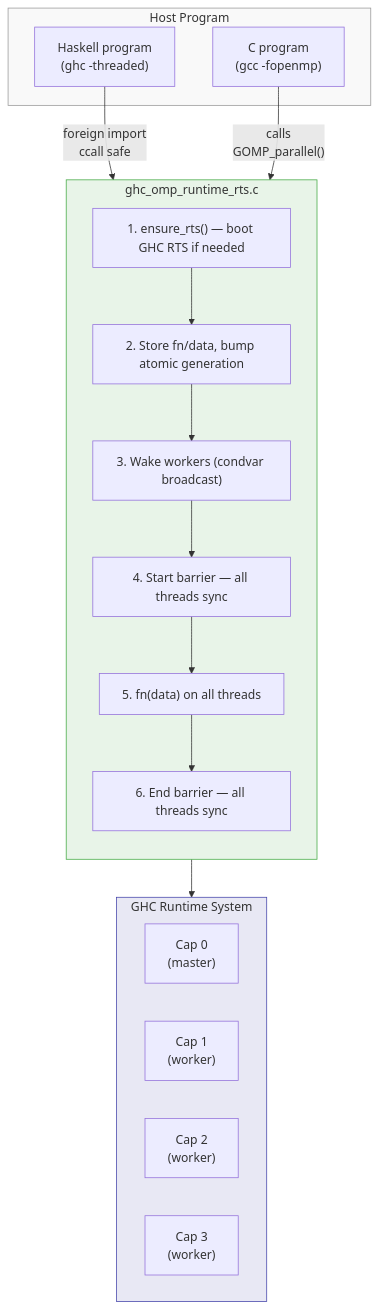
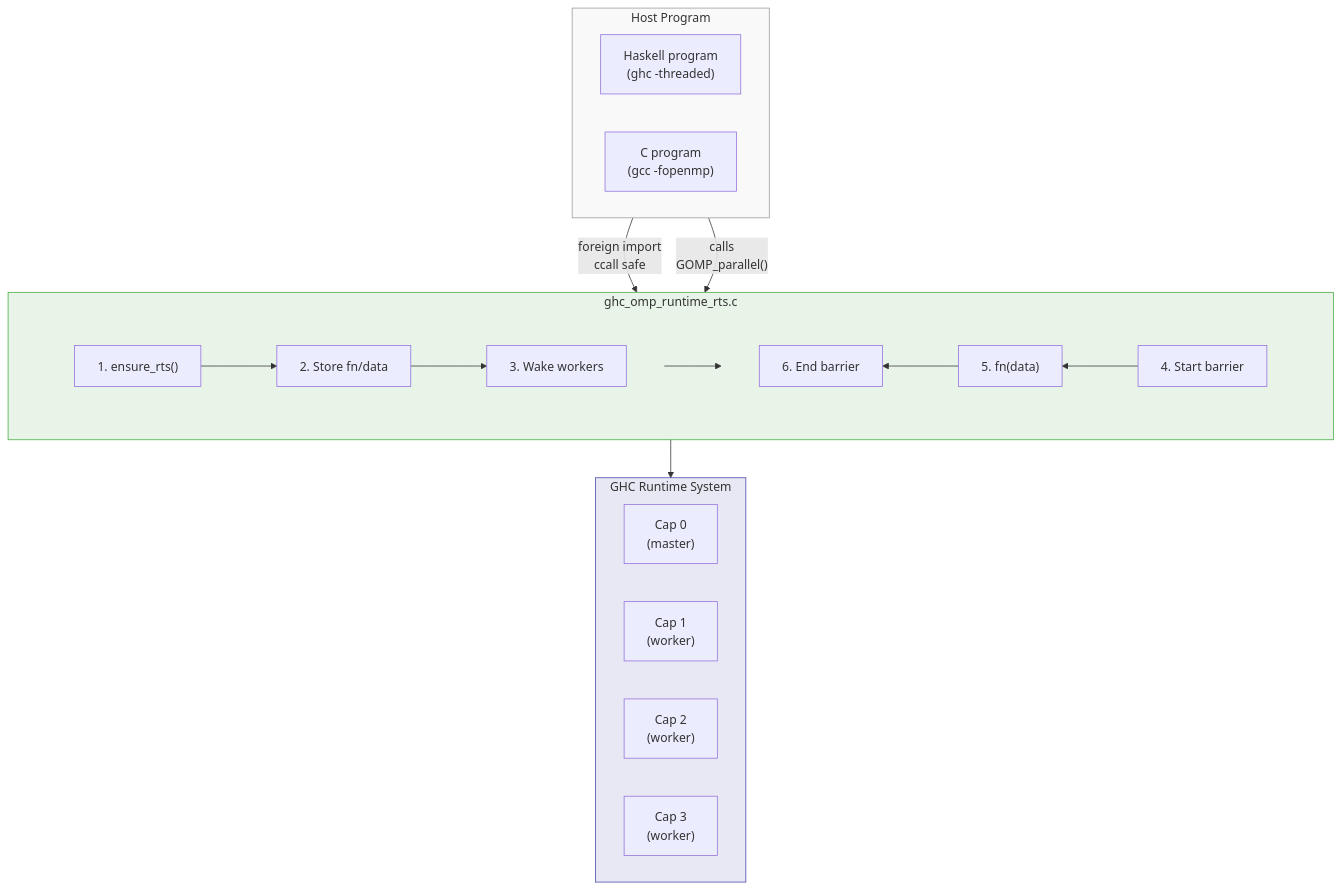
Before and after one commit to jhhuh/ghc-openmp: the first of 6 diagrams in docs/index.md, drawn with Mermaid. The commit also changed 1 other file, not shown here.

Commit message:
Improve architecture diagram: snake layout for steps, horizontal caps

```diff
--- a/docs/index.md
+++ b/docs/index.md
@@ -158,35 +158,39 @@
 <pre class="mermaid">
 flowchart TD
     subgraph Host["Host Program"]
+        direction LR
         HS["Haskell program<br/>(ghc -threaded)"]
         CP["C program<br/>(gcc -fopenmp)"]
     end
 
     HS -->|"foreign import<br/>ccall safe"| RT
     CP -->|"calls<br/>GOMP_parallel()"| RT
 
     subgraph RT["ghc_omp_runtime_rts.c"]
-        direction TB
-        E["1. ensure_rts() — boot GHC RTS if needed"]
-        D["2. Store fn/data, bump atomic generation"]
-        W["3. Wake workers (condvar broadcast)"]
-        SB["4. Start barrier — all threads sync"]
-        FN["5. fn(data) on all threads"]
-        EB["6. End barrier — all threads sync"]
-        E --> D --> W --> SB --> FN --> EB
+        subgraph r1[" "]
+            direction LR
+            E["1. ensure_rts()"] --> D["2. Store fn/data"] --> W["3. Wake workers"]
+        end
+        subgraph r2[" "]
+            direction RL
+            SB["4. Start barrier"] --> FN["5. fn(data)"] --> EB["6. End barrier"]
+        end
+        W --> SB
     end
 
     RT --> RTS
 
     subgraph RTS["GHC Runtime System"]
         direction LR
         C0["Cap 0<br/>(master)"]
         C1["Cap 1<br/>(worker)"]
         C2["Cap 2<br/>(worker)"]
         C3["Cap 3<br/>(worker)"]
     end
 
     style Host fill:#f9f9f9,stroke:#999
     style RT fill:#e8f4e8,stroke:#4a4
     style RTS fill:#e8e8f4,stroke:#44a
+    style r1 fill:none,stroke:none
+    style r2 fill:none,stroke:none
 </pre>
```
